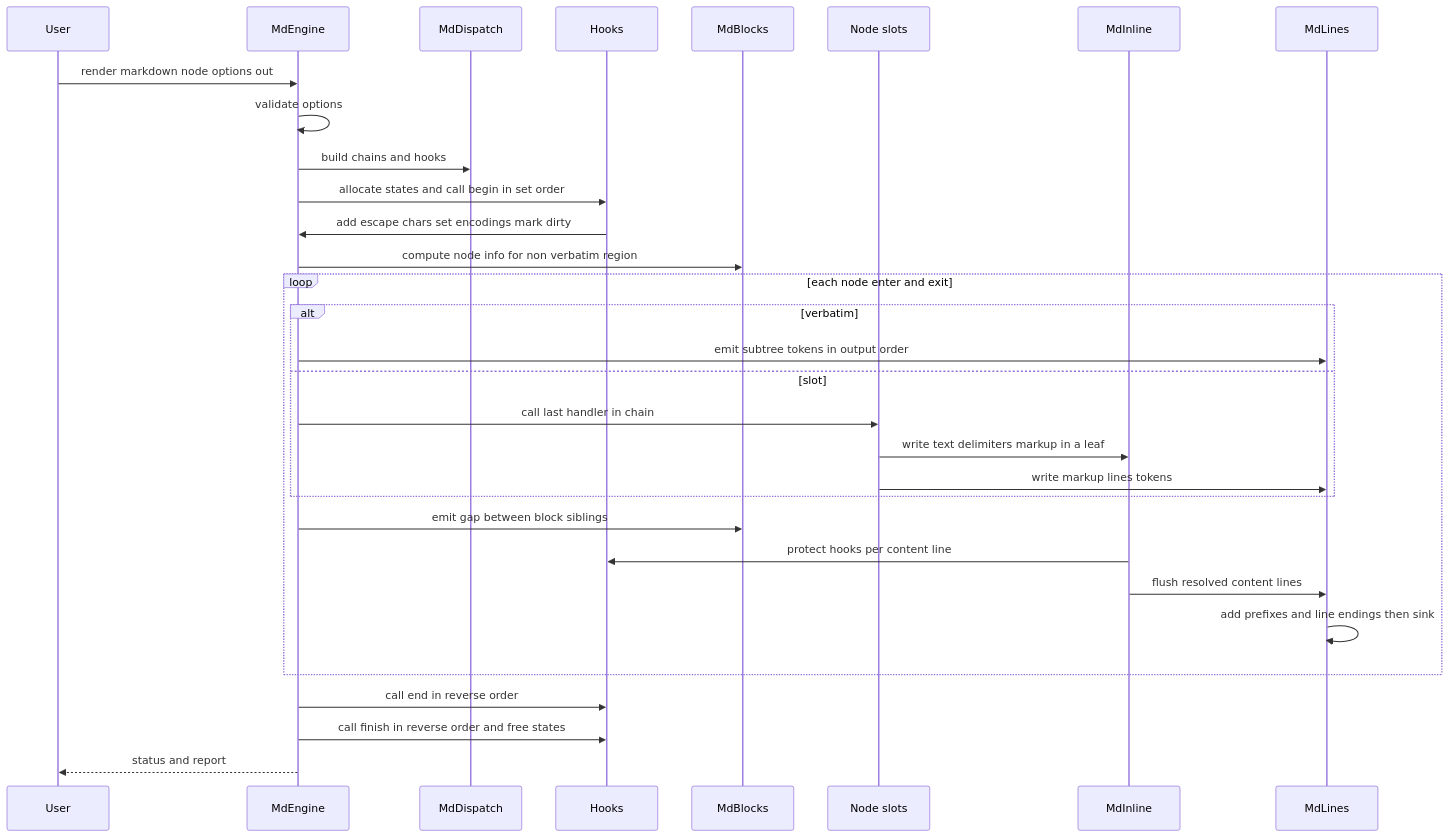
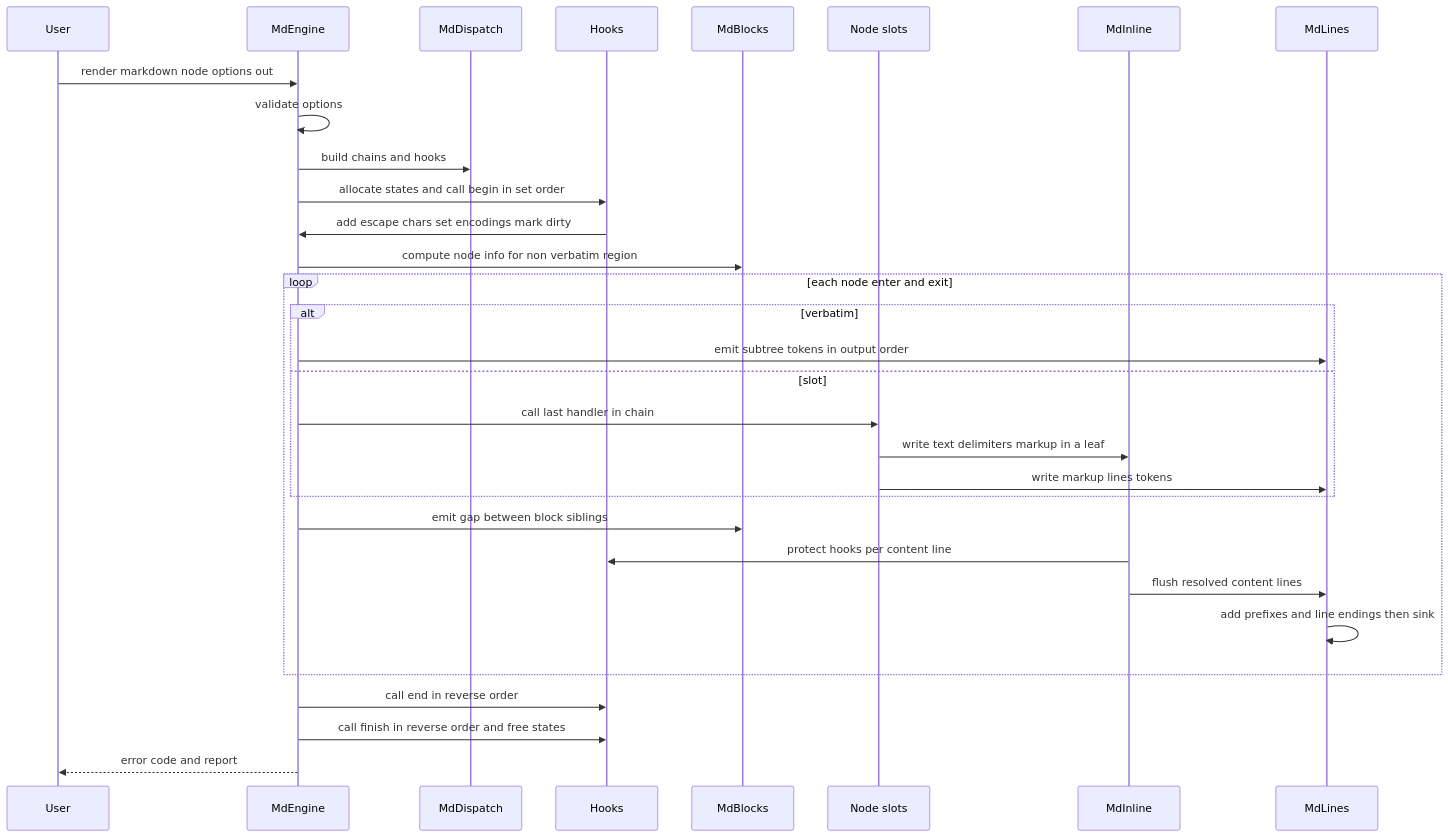
Before and after one commit to ktdevx/amark-private2: the second of 5 diagrams in .kiro/specs/markdown-renderer/design.md, drawn with Mermaid. The commit also changed other lines of this file and 22 other files, not shown here.

````diff
--- a/.kiro/specs/markdown-renderer/design.md
+++ b/.kiro/specs/markdown-renderer/design.md
@@ -212,33 +212,33 @@
 ```mermaid
 sequenceDiagram
     participant U as User
     participant E as MdEngine
     participant D as MdDispatch
     participant H as Hooks
     participant B as MdBlocks
     participant S as Node slots
     participant I as MdInline
     participant L as MdLines
     U->>E: render markdown node options out
     E->>E: validate options
     E->>D: build chains and hooks
     E->>H: allocate states and call begin in set order
     H->>E: add escape chars set encodings mark dirty
     E->>B: compute node info for non verbatim region
     loop each node enter and exit
         alt verbatim
             E->>L: emit subtree tokens in output order
         else slot
             E->>S: call last handler in chain
             S->>I: write text delimiters markup in a leaf
             S->>L: write markup lines tokens
         end
         E->>B: emit gap between block siblings
         I->>H: protect hooks per content line
         I->>L: flush resolved content lines
         L->>L: add prefixes and line endings then sink
     end
     E->>H: call end in reverse order
     E->>H: call finish in reverse order and free states
-    E-->>U: status and report
+    E-->>U: error code and report
 ```
````
